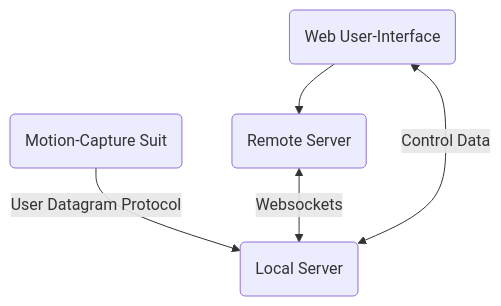
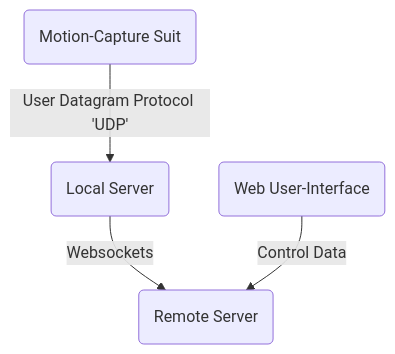
The second of 3 diagrams in project_overview_mermaid.md (goldsmocap/mocap-streamer), drawn with Mermaid before and after one commit. The commit also changed other lines of this file, not shown here.

````diff
--- a/project_overview_mermaid.md
+++ b/project_overview_mermaid.md
@@ -1,9 +14,7 @@
 ```mermaid
   flowchart TD;
 
-    suit(Motion-Capture Suit)--User Datagram Protocol-->Local(Local Server);
-    Remote(Remote Server)<--Websockets-->Local(Local Server);
-    UI(Web User-Interface)<--Control Data-->Local;
-    UI-->Remote;
-    
+    Suit(Motion-Capture Suit)--User Datagram Protocol 'UDP'-->Local(Local Server);
+    Local(Local Server)--Websockets-->Remote(Remote Server);
+    UI(Web User-Interface)--Control Data-->Remote; 
 ```
````
